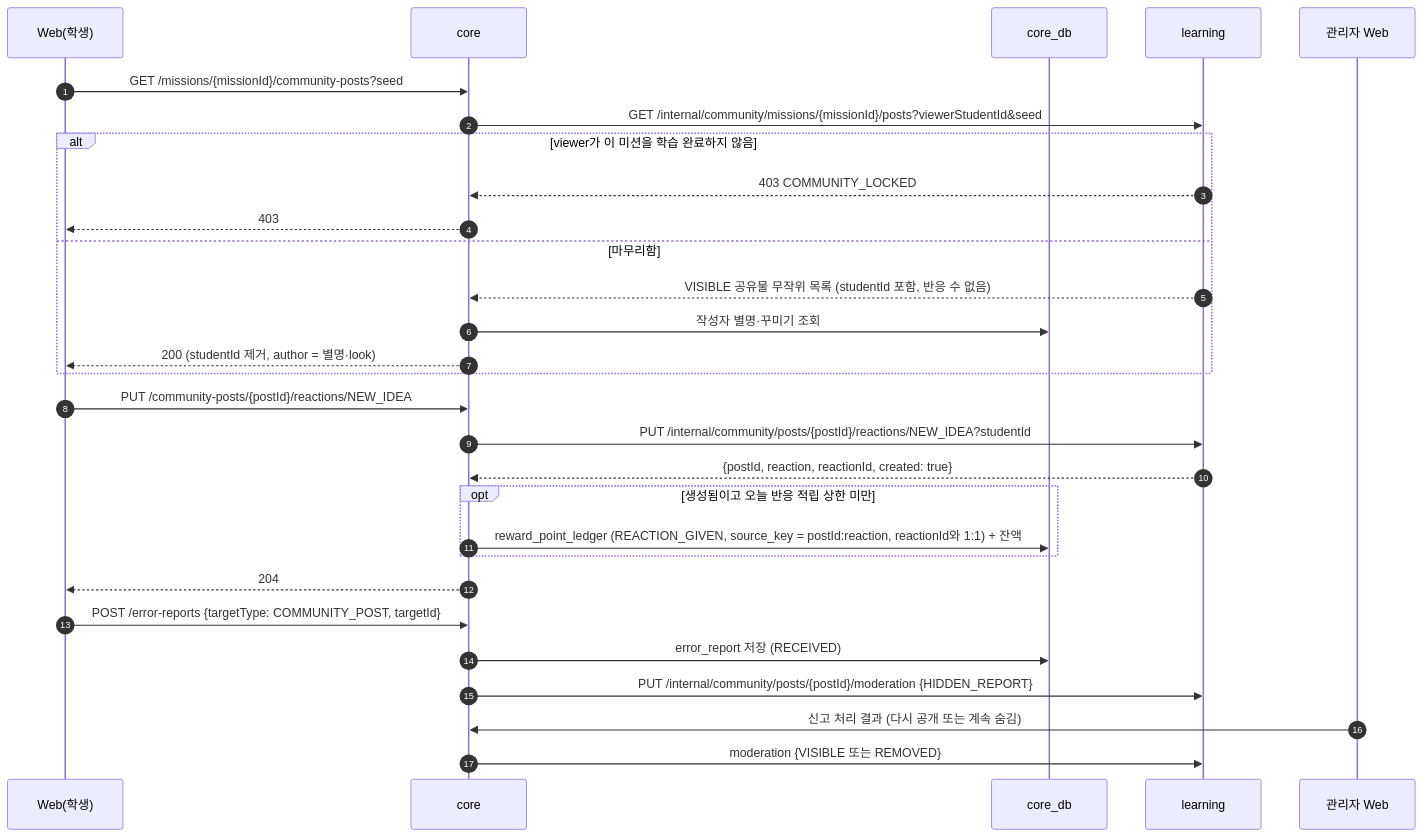
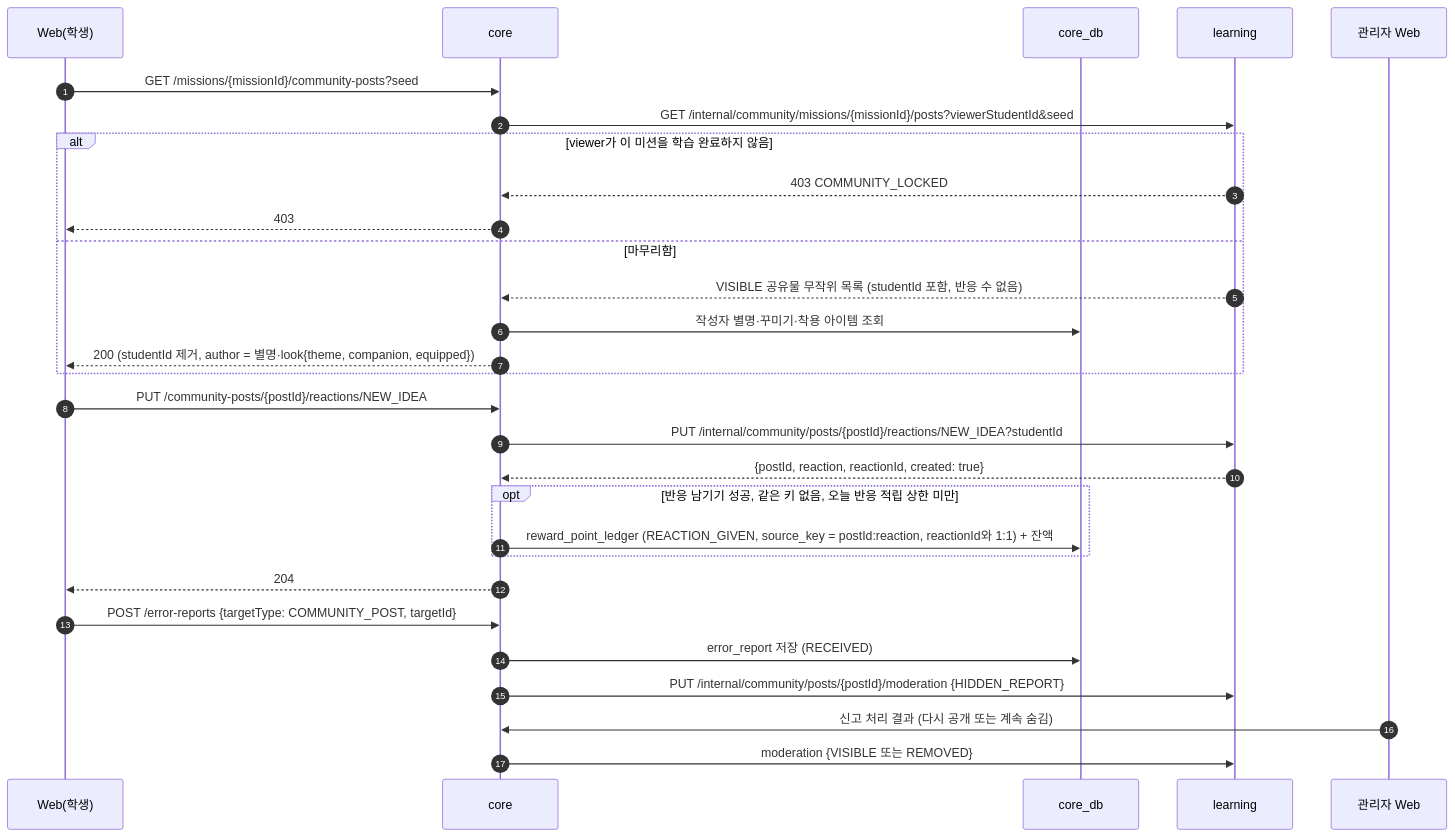
One commit to SKNETWORKS-FAMILY-AICAMP/SKN34-FINAL-3TEAM changed diagram 18 of 34 in docs/design/sequence-diagram.md. Above: the diagram before and after it, drawn with Mermaid. The commit also changed other lines of this file and 24 other files, not shown here.

````diff
--- a/docs/design/sequence-diagram.md
+++ b/docs/design/sequence-diagram.md
@@ -686,32 +692,32 @@
 ```mermaid
 sequenceDiagram
   autonumber
   participant W as Web(학생)
   participant C as core
   participant CDB as core_db
   participant L as learning
   participant A as 관리자 Web
 
   W->>C: GET /missions/{missionId}/community-posts?seed
   C->>L: GET /internal/community/missions/{missionId}/posts?viewerStudentId&seed
   alt viewer가 이 미션을 학습 완료하지 않음
     L-->>C: 403 COMMUNITY_LOCKED
     C-->>W: 403
   else 마무리함
     L-->>C: VISIBLE 공유물 무작위 목록 (studentId 포함, 반응 수 없음)
-    C->>CDB: 작성자 별명·꾸미기 조회
-    C-->>W: 200 (studentId 제거, author = 별명·look)
+    C->>CDB: 작성자 별명·꾸미기·착용 아이템 조회
+    C-->>W: 200 (studentId 제거, author = 별명·look{theme, companion, equipped})
   end
   W->>C: PUT /community-posts/{postId}/reactions/NEW_IDEA
   C->>L: PUT /internal/community/posts/{postId}/reactions/NEW_IDEA?studentId
   L-->>C: {postId, reaction, reactionId, created: true}
-  opt 생성됨이고 오늘 반응 적립 상한 미만
+  opt 반응 남기기 성공, 같은 키 없음, 오늘 반응 적립 상한 미만
     C->>CDB: reward_point_ledger (REACTION_GIVEN, source_key = postId:reaction, reactionId와 1:1) + 잔액
   end
   C-->>W: 204
   W->>C: POST /error-reports {targetType: COMMUNITY_POST, targetId}
   C->>CDB: error_report 저장 (RECEIVED)
   C->>L: PUT /internal/community/posts/{postId}/moderation {HIDDEN_REPORT}
   A->>C: 신고 처리 결과 (다시 공개 또는 계속 숨김)
   C->>L: moderation {VISIBLE 또는 REMOVED}
 ```
````
